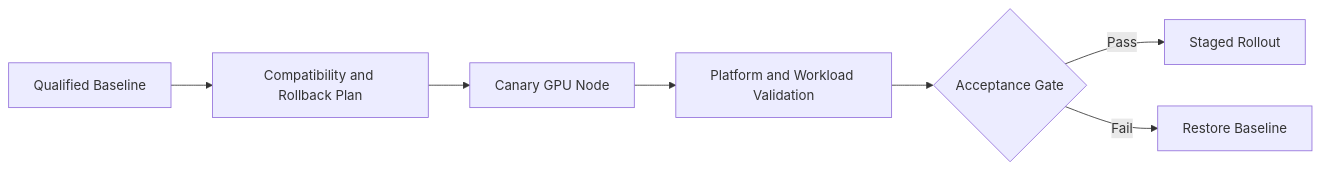
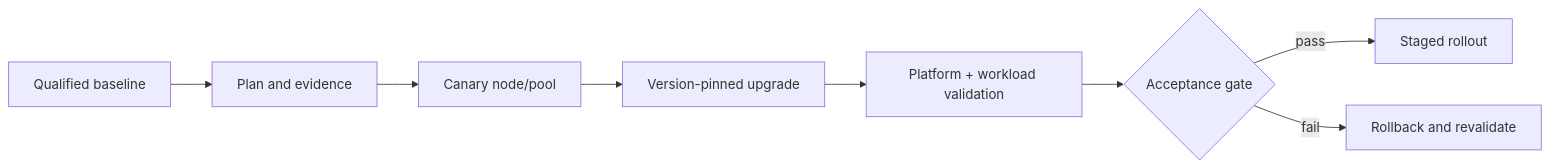
Before and after one commit to jithinpnjm/nvidia-devops: the diagram in docs/nvidia-zero-to-hero/volume-10/labs/lab-04-perform-a-controlled-gpu-platform-upgrade.md, drawn with Mermaid. The commit also changed other lines of this file and 3 other files, not shown here.

Commit message:
docs(volume-10): strengthen GPU platform labs

````diff
--- a/docs/nvidia-zero-to-hero/volume-10/labs/lab-04-perform-a-controlled-gpu-platform-upgrade.md
+++ b/docs/nvidia-zero-to-hero/volume-10/labs/lab-04-perform-a-controlled-gpu-platform-upgrade.md
@@ -39,14 +31,10 @@
 ```mermaid
 flowchart LR
-    Baseline[Qualified Baseline]
-    Plan[Compatibility and Rollback Plan]
-    Canary[Canary GPU Node]
-    Validate[Platform and Workload Validation]
-    Gate{Acceptance Gate}
-    Rollout[Staged Rollout]
-    Rollback[Restore Baseline]
-
-    Baseline --> Plan --> Canary --> Validate --> Gate
-    Gate -->|Pass| Rollout
-    Gate -->|Fail| Rollback
+  B[Qualified baseline] --> P[Plan and evidence]
+  P --> C[Canary node/pool]
+  C --> U[Version-pinned upgrade]
+  U --> V[Platform + workload validation]
+  V --> G{Acceptance gate}
+  G -->|pass| R[Staged rollout]
+  G -->|fail| RB[Rollback and revalidate]
 ```
````
